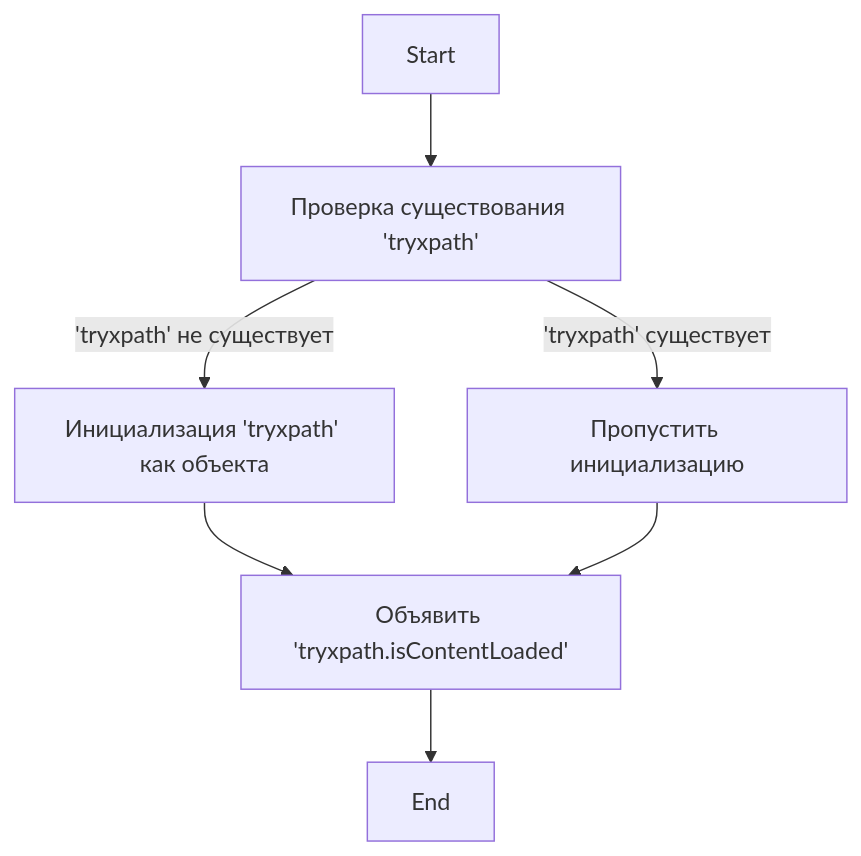
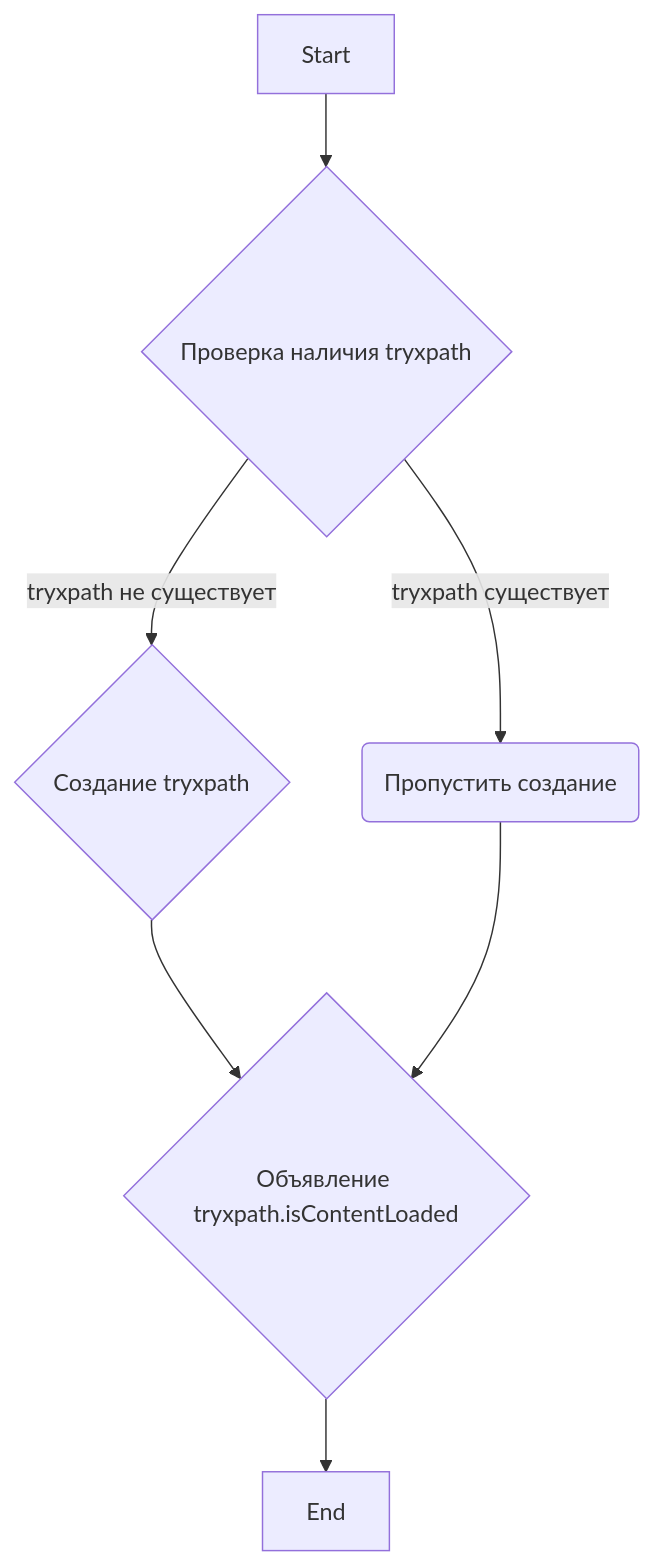
Before and after one commit to hypo69/hypo: the diagram in docs/gemini/ru/explainer/src/webdriver/chrome/extentions/try_path_1.3.5/scripts/try_xpath_check_frame.js.md, drawn with Mermaid. The commit also changed other lines of this file and 1300 other files, not shown here.

````diff
--- a/docs/gemini/ru/explainer/src/webdriver/chrome/extentions/try_path_1.3.5/scripts/try_xpath_check_frame.js.md
+++ b/docs/gemini/ru/explainer/src/webdriver/chrome/extentions/try_path_1.3.5/scripts/try_xpath_check_frame.js.md
@@ -18,9 +17,9 @@
 ```mermaid
 flowchart TD
-    Start --> CheckTryxpath[Проверка существования 'tryxpath']
-    CheckTryxpath -- 'tryxpath' существует --> SkipInitialization[Пропустить инициализацию]
-    CheckTryxpath -- 'tryxpath' не существует --> InitializeTryxpath[Инициализация 'tryxpath' как объекта]
-    InitializeTryxpath --> DeclareIsContentLoaded[Объявить 'tryxpath.isContentLoaded']
-    SkipInitialization --> DeclareIsContentLoaded
-    DeclareIsContentLoaded --> End
+    Start --> CheckTryxpath{Проверка наличия tryxpath};
+    CheckTryxpath -- tryxpath существует --> SkipCreation(Пропустить создание);
+    CheckTryxpath -- tryxpath не существует --> CreateTryxpath{Создание tryxpath};
+    CreateTryxpath --> DeclareIsContentLoaded{Объявление tryxpath.isContentLoaded};
+    SkipCreation --> DeclareIsContentLoaded;
+    DeclareIsContentLoaded --> End;
 ```
````
